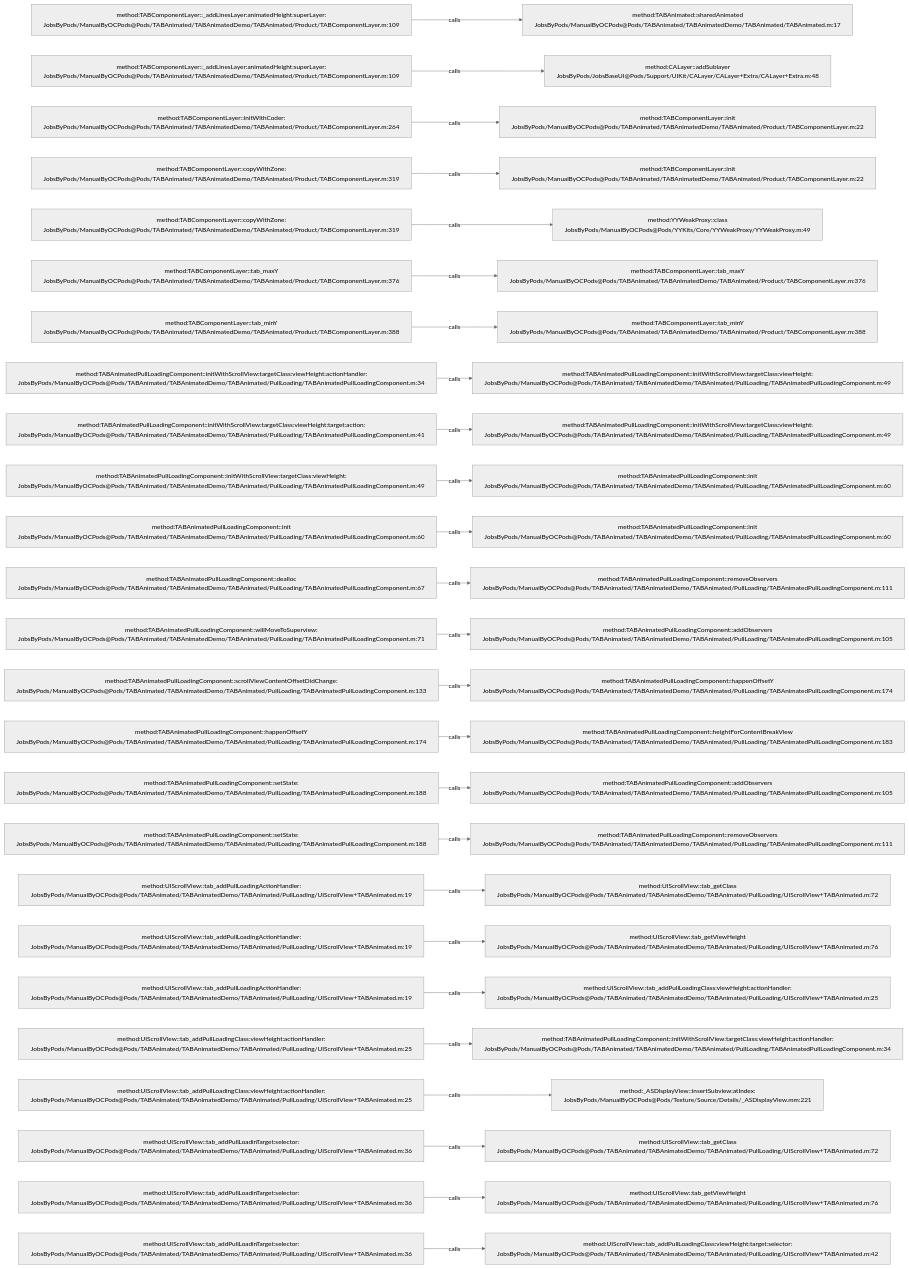
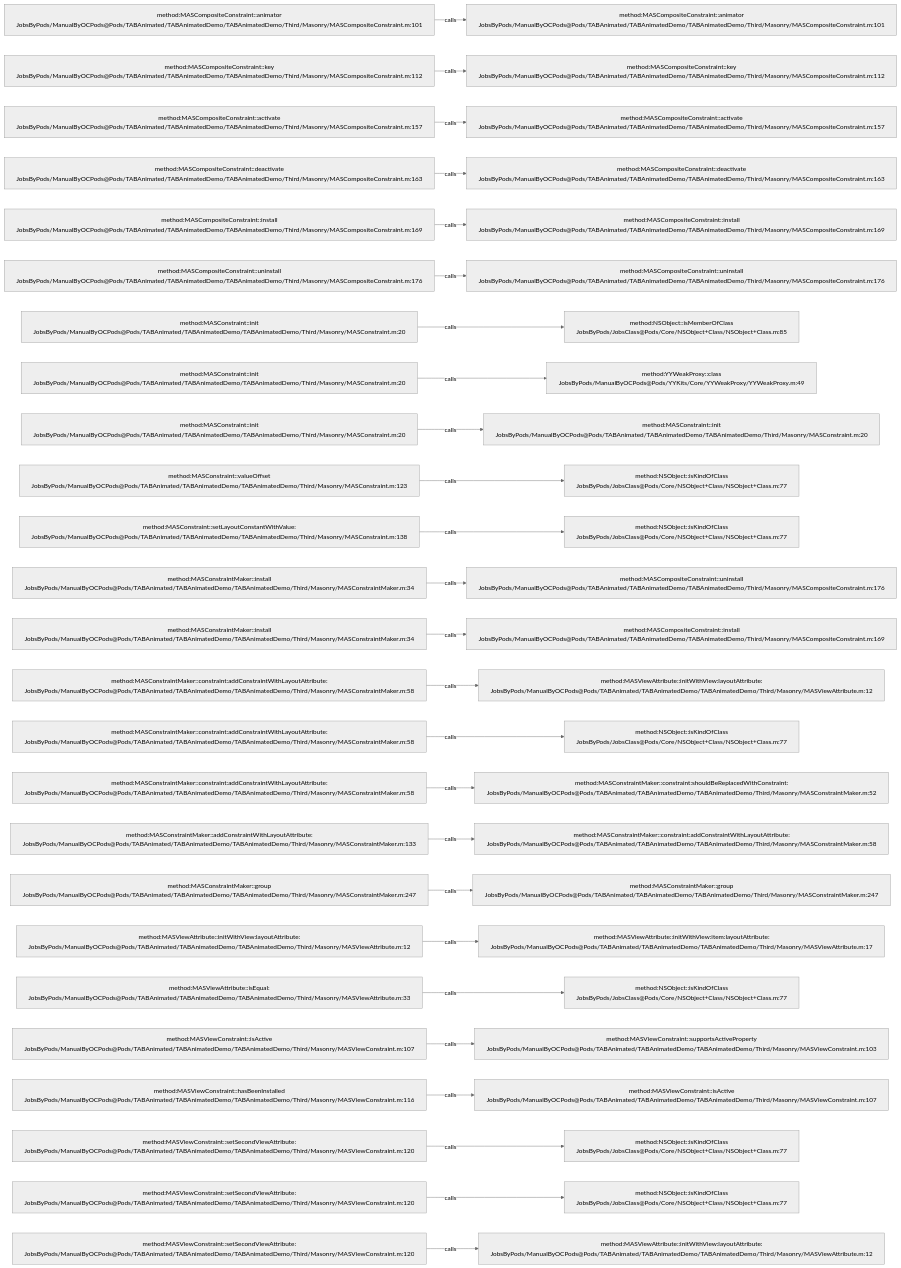
The diagram in .codegraph/codegraph.md/graphs/calls-046.md (JobsKits/JobsOCBaseConfigDemo), drawn with Mermaid (neutral theme) before and after one commit. The commit also changed 1223 other files, not shown here.

````diff
--- a/.codegraph/codegraph.md/graphs/calls-046.md
+++ b/.codegraph/codegraph.md/graphs/calls-046.md
@@ -13,78 +13,78 @@
 ```mermaid
 flowchart LR
-  S1["method:TABComponentLayer::_addLinesLayer:animatedHeight:superLayer:<br/>JobsByPods/ManualByOCPods@Pods/TABAnimated/TABAnimatedDemo/TABAnimated/Product/TABComponentLayer.m:109"]
-  T1["method:TABAnimated::sharedAnimated<br/>JobsByPods/ManualByOCPods@Pods/TABAnimated/TABAnimatedDemo/TABAnimated/TABAnimated.m:17"]
+  S1["method:MASCompositeConstraint::animator<br/>JobsByPods/ManualByOCPods@Pods/TABAnimated/TABAnimatedDemo/TABAnimatedDemo/Third/Masonry/MASCompositeConstraint.m:101"]
+  T1["method:MASCompositeConstraint::animator<br/>JobsByPods/ManualByOCPods@Pods/TABAnimated/TABAnimatedDemo/TABAnimatedDemo/Third/Masonry/MASCompositeConstraint.m:101"]
   S1 -->|calls| T1
-  S2["method:TABComponentLayer::_addLinesLayer:animatedHeight:superLayer:<br/>JobsByPods/ManualByOCPods@Pods/TABAnimated/TABAnimatedDemo/TABAnimated/Product/TABComponentLayer.m:109"]
-  T2["method:CALayer::addSublayer<br/>JobsByPods/JobsBaseUI@Pods/Support/UIKit/CALayer/CALayer+Extra/CALayer+Extra.m:48"]
+  S2["method:MASCompositeConstraint::key<br/>JobsByPods/ManualByOCPods@Pods/TABAnimated/TABAnimatedDemo/TABAnimatedDemo/Third/Masonry/MASCompositeConstraint.m:112"]
+  T2["method:MASCompositeConstraint::key<br/>JobsByPods/ManualByOCPods@Pods/TABAnimated/TABAnimatedDemo/TABAnimatedDemo/Third/Masonry/MASCompositeConstraint.m:112"]
   S2 -->|calls| T2
-  S3["method:TABComponentLayer::initWithCoder:<br/>JobsByPods/ManualByOCPods@Pods/TABAnimated/TABAnimatedDemo/TABAnimated/Product/TABComponentLayer.m:264"]
-  T3["method:TABComponentLayer::init<br/>JobsByPods/ManualByOCPods@Pods/TABAnimated/TABAnimatedDemo/TABAnimated/Product/TABComponentLayer.m:22"]
+  S3["method:MASCompositeConstraint::activate<br/>JobsByPods/ManualByOCPods@Pods/TABAnimated/TABAnimatedDemo/TABAnimatedDemo/Third/Masonry/MASCompositeConstraint.m:157"]
+  T3["method:MASCompositeConstraint::activate<br/>JobsByPods/ManualByOCPods@Pods/TABAnimated/TABAnimatedDemo/TABAnimatedDemo/Third/Masonry/MASCompositeConstraint.m:157"]
   S3 -->|calls| T3
-  S4["method:TABComponentLayer::copyWithZone:<br/>JobsByPods/ManualByOCPods@Pods/TABAnimated/TABAnimatedDemo/TABAnimated/Product/TABComponentLayer.m:319"]
-  T4["method:TABComponentLayer::init<br/>JobsByPods/ManualByOCPods@Pods/TABAnimated/TABAnimatedDemo/TABAnimated/Product/TABComponentLayer.m:22"]
+  S4["method:MASCompositeConstraint::deactivate<br/>JobsByPods/ManualByOCPods@Pods/TABAnimated/TABAnimatedDemo/TABAnimatedDemo/Third/Masonry/MASCompositeConstraint.m:163"]
+  T4["method:MASCompositeConstraint::deactivate<br/>JobsByPods/ManualByOCPods@Pods/TABAnimated/TABAnimatedDemo/TABAnimatedDemo/Third/Masonry/MASCompositeConstraint.m:163"]
   S4 -->|calls| T4
-  S5["method:TABComponentLayer::copyWithZone:<br/>JobsByPods/ManualByOCPods@Pods/TABAnimated/TABAnimatedDemo/TABAnimated/Product/TABComponentLayer.m:319"]
-  T5["method:YYWeakProxy::class<br/>JobsByPods/ManualByOCPods@Pods/YYKits/Core/YYWeakProxy/YYWeakProxy.m:49"]
+  S5["method:MASCompositeConstraint::install<br/>JobsByPods/ManualByOCPods@Pods/TABAnimated/TABAnimatedDemo/TABAnimatedDemo/Third/Masonry/MASCompositeConstraint.m:169"]
+  T5["method:MASCompositeConstraint::install<br/>JobsByPods/ManualByOCPods@Pods/TABAnimated/TABAnimatedDemo/TABAnimatedDemo/Third/Masonry/MASCompositeConstraint.m:169"]
   S5 -->|calls| T5
-  S6["method:TABComponentLayer::tab_maxY<br/>JobsByPods/ManualByOCPods@Pods/TABAnimated/TABAnimatedDemo/TABAnimated/Product/TABComponentLayer.m:376"]
-  T6["method:TABComponentLayer::tab_maxY<br/>JobsByPods/ManualByOCPods@Pods/TABAnimated/TABAnimatedDemo/TABAnimated/Product/TABComponentLayer.m:376"]
+  S6["method:MASCompositeConstraint::uninstall<br/>JobsByPods/ManualByOCPods@Pods/TABAnimated/TABAnimatedDemo/TABAnimatedDemo/Third/Masonry/MASCompositeConstraint.m:176"]
+  T6["method:MASCompositeConstraint::uninstall<br/>JobsByPods/ManualByOCPods@Pods/TABAnimated/TABAnimatedDemo/TABAnimatedDemo/Third/Masonry/MASCompositeConstraint.m:176"]
   S6 -->|calls| T6
-  S7["method:TABComponentLayer::tab_minY<br/>JobsByPods/ManualByOCPods@Pods/TABAnimated/TABAnimatedDemo/TABAnimated/Product/TABComponentLayer.m:388"]
-  T7["method:TABComponentLayer::tab_minY<br/>JobsByPods/ManualByOCPods@Pods/TABAnimated/TABAnimatedDemo/TABAnimated/Product/TABComponentLayer.m:388"]
+  S7["method:MASConstraint::init<br/>JobsByPods/ManualByOCPods@Pods/TABAnimated/TABAnimatedDemo/TABAnimatedDemo/Third/Masonry/MASConstraint.m:20"]
+  T7["method:NSObject::isMemberOfClass<br/>JobsByPods/JobsClass@Pods/Core/NSObject+Class/NSObject+Class.m:85"]
   S7 -->|calls| T7
-  S8["method:TABAnimatedPullLoadingComponent::initWithScrollView:targetClass:viewHeight:actionHandler:<br/>JobsByPods/ManualByOCPods@Pods/TABAnimated/TABAnimatedDemo/TABAnimated/PullLoading/TABAnimatedPullLoadingComponent.m:34"]
-  T8["method:TABAnimatedPullLoadingComponent::initWithScrollView:targetClass:viewHeight:<br/>JobsByPods/ManualByOCPods@Pods/TABAnimated/TABAnimatedDemo/TABAnimated/PullLoading/TABAnimatedPullLoadingComponent.m:49"]
+  S8["method:MASConstraint::init<br/>JobsByPods/ManualByOCPods@Pods/TABAnimated/TABAnimatedDemo/TABAnimatedDemo/Third/Masonry/MASConstraint.m:20"]
+  T8["method:YYWeakProxy::class<br/>JobsByPods/ManualByOCPods@Pods/YYKits/Core/YYWeakProxy/YYWeakProxy.m:49"]
   S8 -->|calls| T8
-  S9["method:TABAnimatedPullLoadingComponent::initWithScrollView:targetClass:viewHeight:target:action:<br/>JobsByPods/ManualByOCPods@Pods/TABAnimated/TABAnimatedDemo/TABAnimated/PullLoading/TABAnimatedPullLoadingComponent.m:41"]
-  T9["method:TABAnimatedPullLoadingComponent::initWithScrollView:targetClass:viewHeight:<br/>JobsByPods/ManualByOCPods@Pods/TABAnimated/TABAnimatedDemo/TABAnimated/PullLoading/TABAnimatedPullLoadingComponent.m:49"]
+  S9["method:MASConstraint::init<br/>JobsByPods/ManualByOCPods@Pods/TABAnimated/TABAnimatedDemo/TABAnimatedDemo/Third/Masonry/MASConstraint.m:20"]
+  T9["method:MASConstraint::init<br/>JobsByPods/ManualByOCPods@Pods/TABAnimated/TABAnimatedDemo/TABAnimatedDemo/Third/Masonry/MASConstraint.m:20"]
   S9 -->|calls| T9
-  S10["method:TABAnimatedPullLoadingComponent::initWithScrollView:targetClass:viewHeight:<br/>JobsByPods/ManualByOCPods@Pods/TABAnimated/TABAnimatedDemo/TABAnimated/PullLoading/TABAnimatedPullLoadingComponent.m:49"]
-  T10["method:TABAnimatedPullLoadingComponent::init<br/>JobsByPods/ManualByOCPods@Pods/TABAnimated/TABAnimatedDemo/TABAnimated/PullLoading/TABAnimatedPullLoadingComponent.m:60"]
+  S10["method:MASConstraint::valueOffset<br/>JobsByPods/ManualByOCPods@Pods/TABAnimated/TABAnimatedDemo/TABAnimatedDemo/Third/Masonry/MASConstraint.m:123"]
+  T10["method:NSObject::isKindOfClass<br/>JobsByPods/JobsClass@Pods/Core/NSObject+Class/NSObject+Class.m:77"]
   S10 -->|calls| T10
-  S11["method:TABAnimatedPullLoadingComponent::init<br/>JobsByPods/ManualByOCPods@Pods/TABAnimated/TABAnimatedDemo/TABAnimated/PullLoading/TABAnimatedPullLoadingComponent.m:60"]
-  T11["method:TABAnimatedPullLoadingComponent::init<br/>JobsByPods/ManualByOCPods@Pods/TABAnimated/TABAnimatedDemo/TABAnimated/PullLoading/TABAnimatedPullLoadingComponent.m:60"]
+  S11["method:MASConstraint::setLayoutConstantWithValue:<br/>JobsByPods/ManualByOCPods@Pods/TABAnimated/TABAnimatedDemo/TABAnimatedDemo/Third/Masonry/MASConstraint.m:138"]
+  T11["method:NSObject::isKindOfClass<br/>JobsByPods/JobsClass@Pods/Core/NSObject+Class/NSObject+Class.m:77"]
   S11 -->|calls| T11
-  S12["method:TABAnimatedPullLoadingComponent::dealloc<br/>JobsByPods/ManualByOCPods@Pods/TABAnimated/TABAnimatedDemo/TABAnimated/PullLoading/TABAnimatedPullLoadingComponent.m:67"]
-  T12["method:TABAnimatedPullLoadingComponent::removeObservers<br/>JobsByPods/ManualByOCPods@Pods/TABAnimated/TABAnimatedDemo/TABAnimated/PullLoading/TABAnimatedPullLoadingComponent.m:111"]
+  S12["method:MASConstraintMaker::install<br/>JobsByPods/ManualByOCPods@Pods/TABAnimated/TABAnimatedDemo/TABAnimatedDemo/Third/Masonry/MASConstraintMaker.m:34"]
+  T12["method:MASCompositeConstraint::uninstall<br/>JobsByPods/ManualByOCPods@Pods/TABAnimated/TABAnimatedDemo/TABAnimatedDemo/Third/Masonry/MASCompositeConstraint.m:176"]
   S12 -->|calls| T12
-  S13["method:TABAnimatedPullLoadingComponent::willMoveToSuperview:<br/>JobsByPods/ManualByOCPods@Pods/TABAnimated/TABAnimatedDemo/TABAnimated/PullLoading/TABAnimatedPullLoadingComponent.m:71"]
-  T13["method:TABAnimatedPullLoadingComponent::addObservers<br/>JobsByPods/ManualByOCPods@Pods/TABAnimated/TABAnimatedDemo/TABAnimated/PullLoading/TABAnimatedPullLoadingComponent.m:105"]
+  S13["method:MASConstraintMaker::install<br/>JobsByPods/ManualByOCPods@Pods/TABAnimated/TABAnimatedDemo/TABAnimatedDemo/Third/Masonry/MASConstraintMaker.m:34"]
+  T13["method:MASCompositeConstraint::install<br/>JobsByPods/ManualByOCPods@Pods/TABAnimated/TABAnimatedDemo/TABAnimatedDemo/Third/Masonry/MASCompositeConstraint.m:169"]
   S13 -->|calls| T13
-  S14["method:TABAnimatedPullLoadingComponent::scrollViewContentOffsetDidChange:<br/>JobsByPods/ManualByOCPods@Pods/TABAnimated/TABAnimatedDemo/TABAnimated/PullLoading/TABAnimatedPullLoadingComponent.m:133"]
-  T14["method:TABAnimatedPullLoadingComponent::happenOffsetY<br/>JobsByPods/ManualByOCPods@Pods/TABAnimated/TABAnimatedDemo/TABAnimated/PullLoading/TABAnimatedPullLoadingComponent.m:174"]
+  S14["method:MASConstraintMaker::constraint:addConstraintWithLayoutAttribute:<br/>JobsByPods/ManualByOCPods@Pods/TABAnimated/TABAnimatedDemo/TABAnimatedDemo/Third/Masonry/MASConstraintMaker.m:58"]
+  T14["method:MASViewAttribute::initWithView:layoutAttribute:<br/>JobsByPods/ManualByOCPods@Pods/TABAnimated/TABAnimatedDemo/TABAnimatedDemo/Third/Masonry/MASViewAttribute.m:12"]
   S14 -->|calls| T14
-  S15["method:TABAnimatedPullLoadingComponent::happenOffsetY<br/>JobsByPods/ManualByOCPods@Pods/TABAnimated/TABAnimatedDemo/TABAnimated/PullLoading/TABAnimatedPullLoadingComponent.m:174"]
-  T15["method:TABAnimatedPullLoadingComponent::heightForContentBreakView<br/>JobsByPods/ManualByOCPods@Pods/TABAnimated/TABAnimatedDemo/TABAnimated/PullLoading/TABAnimatedPullLoadingComponent.m:183"]
+  S15["method:MASConstraintMaker::constraint:addConstraintWithLayoutAttribute:<br/>JobsByPods/ManualByOCPods@Pods/TABAnimated/TABAnimatedDemo/TABAnimatedDemo/Third/Masonry/MASConstraintMaker.m:58"]
+  T15["method:NSObject::isKindOfClass<br/>JobsByPods/JobsClass@Pods/Core/NSObject+Class/NSObject+Class.m:77"]
   S15 -->|calls| T15
-  S16["method:TABAnimatedPullLoadingComponent::setState:<br/>JobsByPods/ManualByOCPods@Pods/TABAnimated/TABAnimatedDemo/TABAnimated/PullLoading/TABAnimatedPullLoadingComponent.m:188"]
-  T16["method:TABAnimatedPullLoadingComponent::addObservers<br/>JobsByPods/ManualByOCPods@Pods/TABAnimated/TABAnimatedDemo/TABAnimated/PullLoading/TABAnimatedPullLoadingComponent.m:105"]
+  S16["method:MASConstraintMaker::constraint:addConstraintWithLayoutAttribute:<br/>JobsByPods/ManualByOCPods@Pods/TABAnimated/TABAnimatedDemo/TABAnimatedDemo/Third/Masonry/MASConstraintMaker.m:58"]
+  T16["method:MASConstraintMaker::constraint:shouldBeReplacedWithConstraint:<br/>JobsByPods/ManualByOCPods@Pods/TABAnimated/TABAnimatedDemo/TABAnimatedDemo/Third/Masonry/MASConstraintMaker.m:52"]
   S16 -->|calls| T16
-  S17["method:TABAnimatedPullLoadingComponent::setState:<br/>JobsByPods/ManualByOCPods@Pods/TABAnimated/TABAnimatedDemo/TABAnimated/PullLoading/TABAnimatedPullLoadingComponent.m:188"]
-  T17["method:TABAnimatedPullLoadingComponent::removeObservers<br/>JobsByPods/ManualByOCPods@Pods/TABAnimated/TABAnimatedDemo/TABAnimated/PullLoading/TABAnimatedPullLoadingComponent.m:111"]
+  S17["method:MASConstraintMaker::addConstraintWithLayoutAttribute:<br/>JobsByPods/ManualByOCPods@Pods/TABAnimated/TABAnimatedDemo/TABAnimatedDemo/Third/Masonry/MASConstraintMaker.m:133"]
+  T17["method:MASConstraintMaker::constraint:addConstraintWithLayoutAttribute:<br/>JobsByPods/ManualByOCPods@Pods/TABAnimated/TABAnimatedDemo/TABAnimatedDemo/Third/Masonry/MASConstraintMaker.m:58"]
   S17 -->|calls| T17
-  S18["method:UIScrollView::tab_addPullLoadingActionHandler:<br/>JobsByPods/ManualByOCPods@Pods/TABAnimated/TABAnimatedDemo/TABAnimated/PullLoading/UIScrollView+TABAnimated.m:19"]
-  T18["method:UIScrollView::tab_getClass<br/>JobsByPods/ManualByOCPods@Pods/TABAnimated/TABAnimatedDemo/TABAnimated/PullLoading/UIScrollView+TABAnimated.m:72"]
+  S18["method:MASConstraintMaker::group<br/>JobsByPods/ManualByOCPods@Pods/TABAnimated/TABAnimatedDemo/TABAnimatedDemo/Third/Masonry/MASConstraintMaker.m:247"]
+  T18["method:MASConstraintMaker::group<br/>JobsByPods/ManualByOCPods@Pods/TABAnimated/TABAnimatedDemo/TABAnimatedDemo/Third/Masonry/MASConstraintMaker.m:247"]
   S18 -->|calls| T18
-  S19["method:UIScrollView::tab_addPullLoadingActionHandler:<br/>JobsByPods/ManualByOCPods@Pods/TABAnimated/TABAnimatedDemo/TABAnimated/PullLoading/UIScrollView+TABAnimated.m:19"]
-  T19["method:UIScrollView::tab_getViewHeight<br/>JobsByPods/ManualByOCPods@Pods/TABAnimated/TABAnimatedDemo/TABAnimated/PullLoading/UIScrollView+TABAnimated.m:76"]
+  S19["method:MASViewAttribute::initWithView:layoutAttribute:<br/>JobsByPods/ManualByOCPods@Pods/TABAnimated/TABAnimatedDemo/TABAnimatedDemo/Third/Masonry/MASViewAttribute.m:12"]
+  T19["method:MASViewAttribute::initWithView:item:layoutAttribute:<br/>JobsByPods/ManualByOCPods@Pods/TABAnimated/TABAnimatedDemo/TABAnimatedDemo/Third/Masonry/MASViewAttribute.m:17"]
   S19 -->|calls| T19
-  S20["method:UIScrollView::tab_addPullLoadingActionHandler:<br/>JobsByPods/ManualByOCPods@Pods/TABAnimated/TABAnimatedDemo/TABAnimated/PullLoading/UIScrollView+TABAnimated.m:19"]
-  T20["method:UIScrollView::tab_addPullLoadingClass:viewHeight:actionHandler:<br/>JobsByPods/ManualByOCPods@Pods/TABAnimated/TABAnimatedDemo/TABAnimated/PullLoading/UIScrollView+TABAnimated.m:25"]
+  S20["method:MASViewAttribute::isEqual:<br/>JobsByPods/ManualByOCPods@Pods/TABAnimated/TABAnimatedDemo/TABAnimatedDemo/Third/Masonry/MASViewAttribute.m:33"]
+  T20["method:NSObject::isKindOfClass<br/>JobsByPods/JobsClass@Pods/Core/NSObject+Class/NSObject+Class.m:77"]
   S20 -->|calls| T20
-  S21["method:UIScrollView::tab_addPullLoadingClass:viewHeight:actionHandler:<br/>JobsByPods/ManualByOCPods@Pods/TABAnimated/TABAnimatedDemo/TABAnimated/PullLoading/UIScrollView+TABAnimated.m:25"]
-  T21["method:TABAnimatedPullLoadingComponent::initWithScrollView:targetClass:viewHeight:actionHandler:<br/>JobsByPods/ManualByOCPods@Pods/TABAnimated/TABAnimatedDemo/TABAnimated/PullLoading/TABAnimatedPullLoadingComponent.m:34"]
+  S21["method:MASViewConstraint::isActive<br/>JobsByPods/ManualByOCPods@Pods/TABAnimated/TABAnimatedDemo/TABAnimatedDemo/Third/Masonry/MASViewConstraint.m:107"]
+  T21["method:MASViewConstraint::supportsActiveProperty<br/>JobsByPods/ManualByOCPods@Pods/TABAnimated/TABAnimatedDemo/TABAnimatedDemo/Third/Masonry/MASViewConstraint.m:103"]
   S21 -->|calls| T21
-  S22["method:UIScrollView::tab_addPullLoadingClass:viewHeight:actionHandler:<br/>JobsByPods/ManualByOCPods@Pods/TABAnimated/TABAnimatedDemo/TABAnimated/PullLoading/UIScrollView+TABAnimated.m:25"]
-  T22["method:_ASDisplayView::insertSubview:atIndex:<br/>JobsByPods/ManualByOCPods@Pods/Texture/Source/Details/_ASDisplayView.mm:221"]
+  S22["method:MASViewConstraint::hasBeenInstalled<br/>JobsByPods/ManualByOCPods@Pods/TABAnimated/TABAnimatedDemo/TABAnimatedDemo/Third/Masonry/MASViewConstraint.m:116"]
+  T22["method:MASViewConstraint::isActive<br/>JobsByPods/ManualByOCPods@Pods/TABAnimated/TABAnimatedDemo/TABAnimatedDemo/Third/Masonry/MASViewConstraint.m:107"]
   S22 -->|calls| T22
-  S23["method:UIScrollView::tab_addPullLoadinTarget:selector:<br/>JobsByPods/ManualByOCPods@Pods/TABAnimated/TABAnimatedDemo/TABAnimated/PullLoading/UIScrollView+TABAnimated.m:36"]
-  T23["method:UIScrollView::tab_getClass<br/>JobsByPods/ManualByOCPods@Pods/TABAnimated/TABAnimatedDemo/TABAnimated/PullLoading/UIScrollView+TABAnimated.m:72"]
+  S23["method:MASViewConstraint::setSecondViewAttribute:<br/>JobsByPods/ManualByOCPods@Pods/TABAnimated/TABAnimatedDemo/TABAnimatedDemo/Third/Masonry/MASViewConstraint.m:120"]
+  T23["method:NSObject::isKindOfClass<br/>JobsByPods/JobsClass@Pods/Core/NSObject+Class/NSObject+Class.m:77"]
   S23 -->|calls| T23
-  S24["method:UIScrollView::tab_addPullLoadinTarget:selector:<br/>JobsByPods/ManualByOCPods@Pods/TABAnimated/TABAnimatedDemo/TABAnimated/PullLoading/UIScrollView+TABAnimated.m:36"]
-  T24["method:UIScrollView::tab_getViewHeight<br/>JobsByPods/ManualByOCPods@Pods/TABAnimated/TABAnimatedDemo/TABAnimated/PullLoading/UIScrollView+TABAnimated.m:76"]
+  S24["method:MASViewConstraint::setSecondViewAttribute:<br/>JobsByPods/ManualByOCPods@Pods/TABAnimated/TABAnimatedDemo/TABAnimatedDemo/Third/Masonry/MASViewConstraint.m:120"]
+  T24["method:NSObject::isKindOfClass<br/>JobsByPods/JobsClass@Pods/Core/NSObject+Class/NSObject+Class.m:77"]
   S24 -->|calls| T24
-  S25["method:UIScrollView::tab_addPullLoadinTarget:selector:<br/>JobsByPods/ManualByOCPods@Pods/TABAnimated/TABAnimatedDemo/TABAnimated/PullLoading/UIScrollView+TABAnimated.m:36"]
-  T25["method:UIScrollView::tab_addPullLoadingClass:viewHeight:target:selector:<br/>JobsByPods/ManualByOCPods@Pods/TABAnimated/TABAnimatedDemo/TABAnimated/PullLoading/UIScrollView+TABAnimated.m:42"]
+  S25["method:MASViewConstraint::setSecondViewAttribute:<br/>JobsByPods/ManualByOCPods@Pods/TABAnimated/TABAnimatedDemo/TABAnimatedDemo/Third/Masonry/MASViewConstraint.m:120"]
+  T25["method:MASViewAttribute::initWithView:layoutAttribute:<br/>JobsByPods/ManualByOCPods@Pods/TABAnimated/TABAnimatedDemo/TABAnimatedDemo/Third/Masonry/MASViewAttribute.m:12"]
   S25 -->|calls| T25
 ```
````
